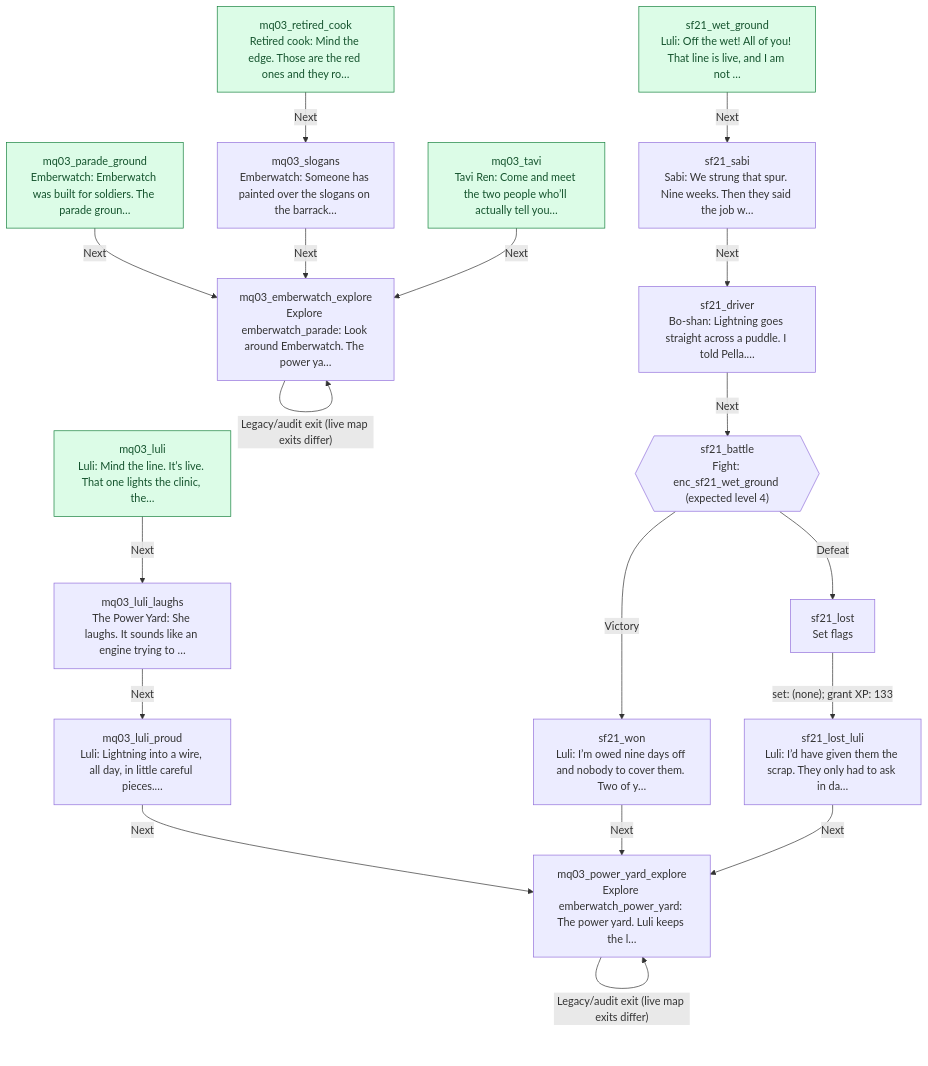
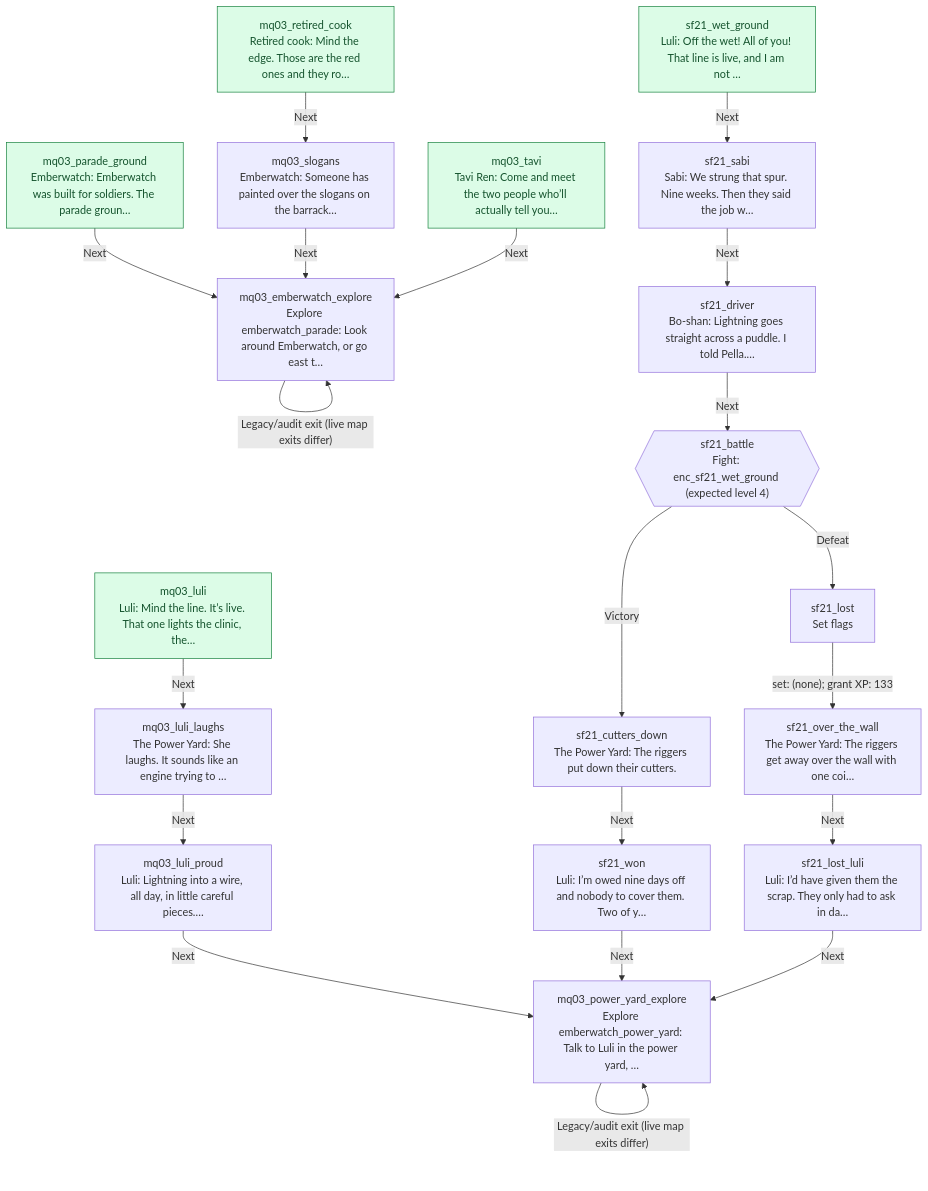
One commit to jaredbahr/Avatarrpg changed the diagram in docs/story/emberwatch.md. Above: the diagram before and after it, drawn with Mermaid. The commit also changed other lines of this file and 15 other files, not shown here.

First line of the commit message:
Regenerate the id ledger and story graphs; close the trial log's placeholders

````diff
--- a/docs/story/emberwatch.md
+++ b/docs/story/emberwatch.md
@@ -21,39 +21,43 @@
 ```mermaid
 flowchart TD
-  n225["mq03_emberwatch_explore<br/>Explore emberwatch_parade: Look around Emberwatch. The power ya…"]
-  n226["mq03_luli<br/>Luli: Mind the line. It’s live. That one lights the clinic, the…"]:::entry
-  n227["mq03_luli_laughs<br/>The Power Yard: She laughs. It sounds like an engine trying to …"]
-  n228["mq03_luli_proud<br/>Luli: Lightning into a wire, all day, in little careful pieces.…"]
-  n229["mq03_parade_ground<br/>Emberwatch: Emberwatch was built for soldiers. The parade groun…"]:::entry
-  n230["mq03_power_yard_explore<br/>Explore emberwatch_power_yard: The power yard. Luli keeps the l…"]
-  n231["mq03_retired_cook<br/>Retired cook: Mind the edge. Those are the red ones and they ro…"]:::entry
-  n232["mq03_slogans<br/>Emberwatch: Someone has painted over the slogans on the barrack…"]
-  n233["mq03_tavi<br/>Tavi Ren: Come and meet the two people who’ll actually tell you…"]:::entry
-  n307{{"sf21_battle<br/>Fight: enc_sf21_wet_ground (expected level 4)"}}
-  n308["sf21_driver<br/>Bo-shan: Lightning goes straight across a puddle. I told Pella.…"]
-  n309["sf21_lost<br/>Set flags"]
-  n310["sf21_lost_luli<br/>Luli: I’d have given them the scrap. They only had to ask in da…"]
-  n311["sf21_sabi<br/>Sabi: We strung that spur. Nine weeks. Then they said the job w…"]
-  n312["sf21_wet_ground<br/>Luli: Off the wet! All of you! That line is live, and I am not …"]:::entry
-  n313["sf21_won<br/>Luli: I’m owed nine days off and nobody to cover them. Two of y…"]
-  n225 -->|"Legacy/audit exit (live map exits differ)"| n225
-  n226 -->|"Next"| n227
-  n227 -->|"Next"| n228
-  n228 -->|"Next"| n230
-  n229 -->|"Next"| n225
-  n230 -->|"Legacy/audit exit (live map exits differ)"| n230
-  n231 -->|"Next"| n232
-  n232 -->|"Next"| n225
-  n233 -->|"Next"| n225
-  n307 -->|"Victory"| n313
-  n307 -->|"Defeat"| n309
-  n308 -->|"Next"| n307
-  n309 -->|"set: (none); grant XP: 133"| n310
-  n310 -->|"Next"| n230
-  n311 -->|"Next"| n308
-  n312 -->|"Next"| n311
-  n313 -->|"Next"| n230
+  n238["mq03_emberwatch_explore<br/>Explore emberwatch_parade: Look around Emberwatch, or go east t…"]
+  n239["mq03_luli<br/>Luli: Mind the line. It’s live. That one lights the clinic, the…"]:::entry
+  n240["mq03_luli_laughs<br/>The Power Yard: She laughs. It sounds like an engine trying to …"]
+  n241["mq03_luli_proud<br/>Luli: Lightning into a wire, all day, in little careful pieces.…"]
+  n242["mq03_parade_ground<br/>Emberwatch: Emberwatch was built for soldiers. The parade groun…"]:::entry
+  n243["mq03_power_yard_explore<br/>Explore emberwatch_power_yard: Talk to Luli in the power yard, …"]
+  n244["mq03_retired_cook<br/>Retired cook: Mind the edge. Those are the red ones and they ro…"]:::entry
+  n245["mq03_slogans<br/>Emberwatch: Someone has painted over the slogans on the barrack…"]
+  n246["mq03_tavi<br/>Tavi Ren: Come and meet the two people who’ll actually tell you…"]:::entry
+  n320{{"sf21_battle<br/>Fight: enc_sf21_wet_ground (expected level 4)"}}
+  n321["sf21_cutters_down<br/>The Power Yard: The riggers put down their cutters."]
+  n322["sf21_driver<br/>Bo-shan: Lightning goes straight across a puddle. I told Pella.…"]
+  n323["sf21_lost<br/>Set flags"]
+  n324["sf21_lost_luli<br/>Luli: I’d have given them the scrap. They only had to ask in da…"]
+  n325["sf21_over_the_wall<br/>The Power Yard: The riggers get away over the wall with one coi…"]
+  n326["sf21_sabi<br/>Sabi: We strung that spur. Nine weeks. Then they said the job w…"]
+  n327["sf21_wet_ground<br/>Luli: Off the wet! All of you! That line is live, and I am not …"]:::entry
+  n328["sf21_won<br/>Luli: I’m owed nine days off and nobody to cover them. Two of y…"]
+  n238 -->|"Legacy/audit exit (live map exits differ)"| n238
+  n239 -->|"Next"| n240
+  n240 -->|"Next"| n241
+  n241 -->|"Next"| n243
+  n242 -->|"Next"| n238
+  n243 -->|"Legacy/audit exit (live map exits differ)"| n243
+  n244 -->|"Next"| n245
+  n245 -->|"Next"| n238
+  n246 -->|"Next"| n238
+  n320 -->|"Victory"| n321
+  n320 -->|"Defeat"| n323
+  n321 -->|"Next"| n328
+  n322 -->|"Next"| n320
+  n323 -->|"set: (none); grant XP: 133"| n325
+  n324 -->|"Next"| n243
+  n325 -->|"Next"| n324
+  n326 -->|"Next"| n322
+  n327 -->|"Next"| n326
+  n328 -->|"Next"| n243
   classDef entry fill:#dcfce7,stroke:#15803d,color:#14532d
   classDef external fill:#f3e8ff,stroke:#7e22ce,color:#581c87
   classDef continuation fill:#f8fafc,stroke:#475569,color:#0f172a,stroke-dasharray:5 5
 ```
````
